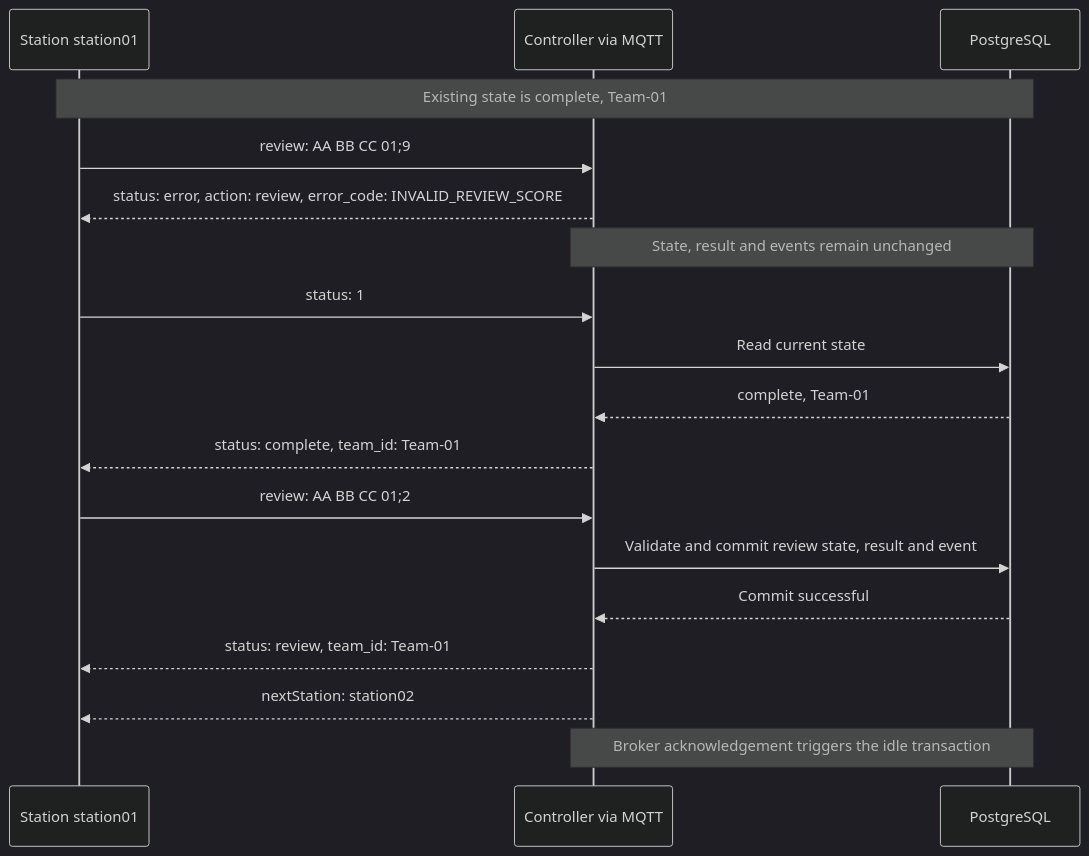
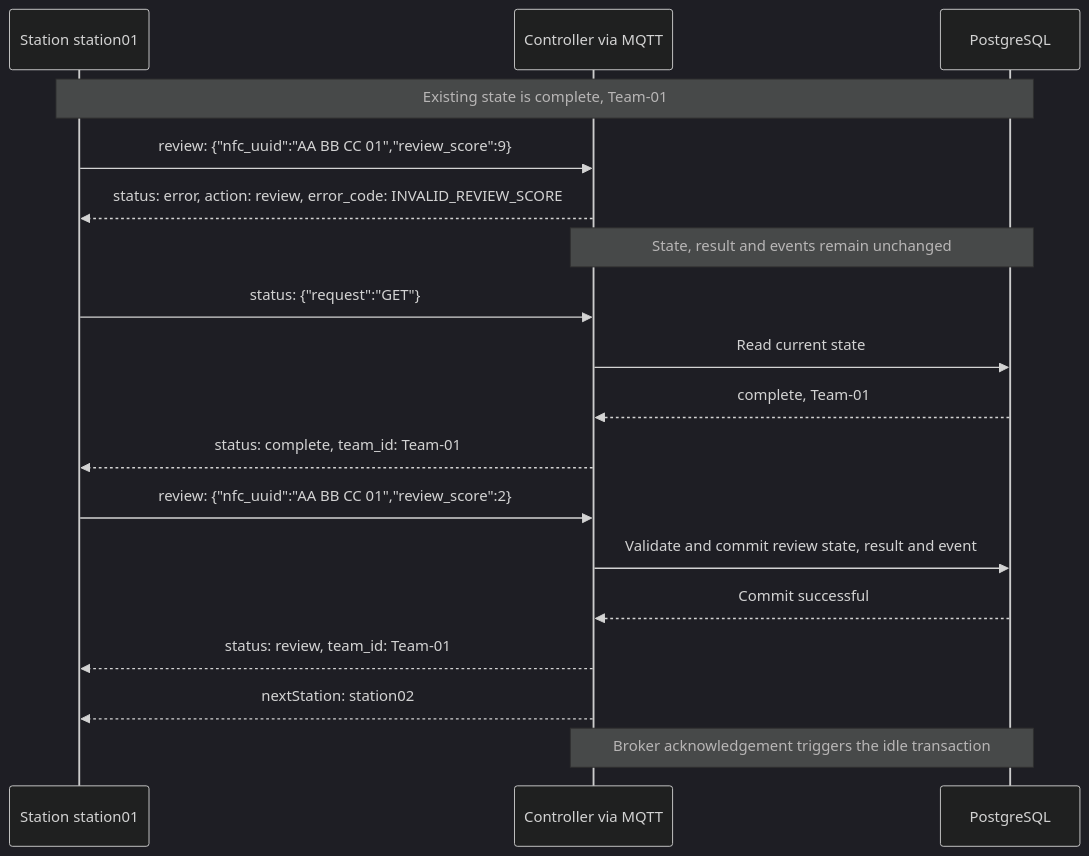
Before and after one commit to GnomUltras/backend: the fifth of 6 diagrams in README.md, drawn with Mermaid (dark theme). The commit also changed other lines of this file and 3 other files, not shown here.

````diff
--- a/README.md
+++ b/README.md
@@ -402,20 +425,20 @@
 ```mermaid
 sequenceDiagram
     participant S as Station station01
     participant C as Controller via MQTT
     participant D as PostgreSQL
     Note over S,D: Existing state is complete, Team-01
-    S->>C: review: AA BB CC 01#59;9
+    S->>C: review: {"nfc_uuid":"AA BB CC 01","review_score":9}
     C-->>S: status: error, action: review, error_code: INVALID_REVIEW_SCORE
     Note over C,D: State, result and events remain unchanged
-    S->>C: status: 1
+    S->>C: status: {"request":"GET"}
     C->>D: Read current state
     D-->>C: complete, Team-01
     C-->>S: status: complete, team_id: Team-01
-    S->>C: review: AA BB CC 01#59;2
+    S->>C: review: {"nfc_uuid":"AA BB CC 01","review_score":2}
     C->>D: Validate and commit review state, result and event
     D-->>C: Commit successful
     C-->>S: status: review, team_id: Team-01
     C-->>S: nextStation: station02
     Note over C,D: Broker acknowledgement triggers the idle transaction
 ```
````
